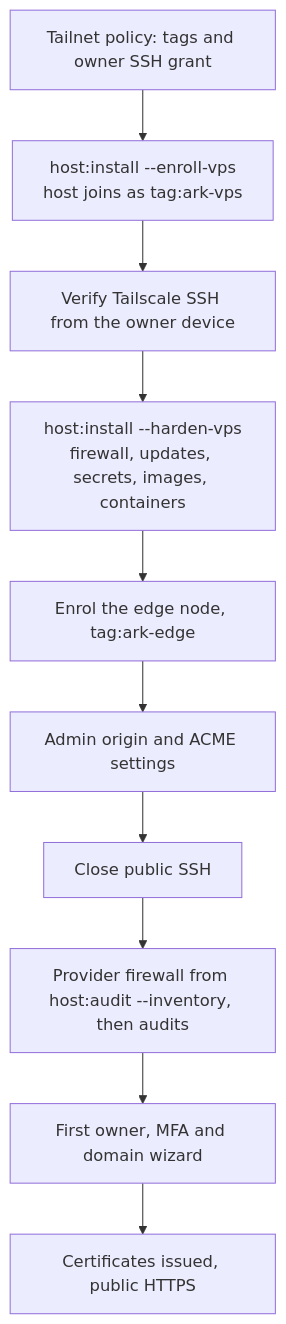
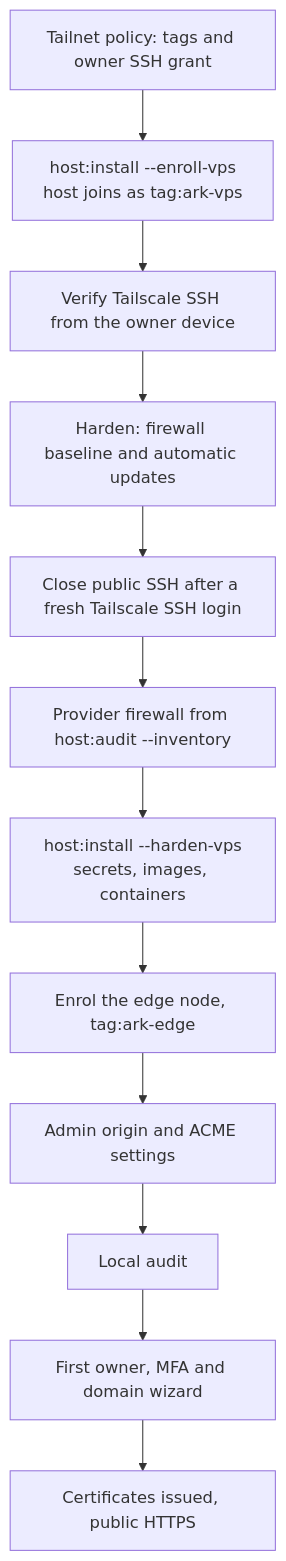
The diagram in docs/getting-started/production-install.md (arkaydeus/ark-stack), drawn with Mermaid before and after one commit. The commit also changed other lines of this file and 26 other files, not shown here.

First line of the commit message:
feat(install): prebuilt images and unattended guided setup (#73)

````diff
--- a/docs/getting-started/production-install.md
+++ b/docs/getting-started/production-install.md
@@ -147,12 +149,14 @@
 ```mermaid
 flowchart TD
   A[Tailnet policy: tags and owner SSH grant] --> B[host:install --enroll-vps<br/>host joins as tag:ark-vps]
   B --> C[Verify Tailscale SSH from the owner device]
-  C --> D[host:install --harden-vps<br/>firewall, updates, secrets, images, containers]
-  D --> G[Enrol the edge node, tag:ark-edge]
+  C --> D[Harden: firewall baseline and automatic updates]
+  D --> E[Close public SSH after a fresh Tailscale SSH login]
+  E --> F[Provider firewall from host:audit --inventory]
+  F --> K[host:install --harden-vps<br/>secrets, images, containers]
+  K --> G[Enrol the edge node, tag:ark-edge]
   G --> H[Admin origin and ACME settings]
-  H --> E[Close public SSH]
-  E --> F[Provider firewall from host:audit --inventory, then audits]
-  F --> I[First owner, MFA and domain wizard]
+  H --> L[Local audit]
+  L --> I[First owner, MFA and domain wizard]
   I --> J[Certificates issued, public HTTPS]
 ```
````
